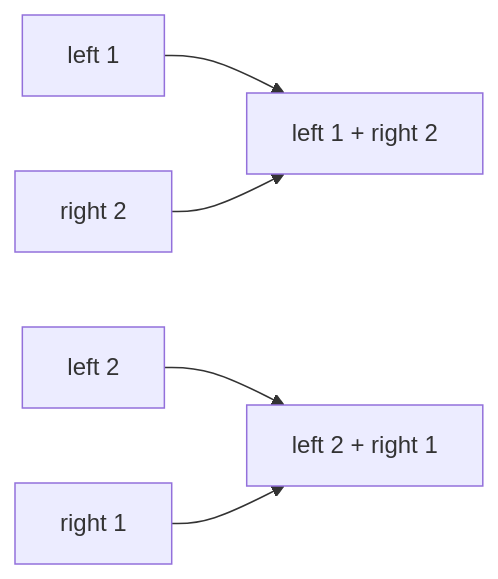
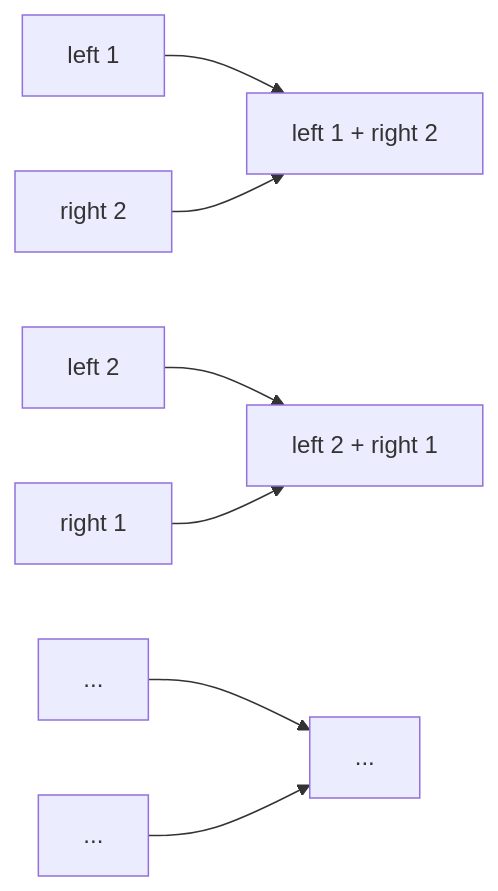
One commit to ucbepic/docetl changed the diagram in docs/operators/equijoin.md. Above: the diagram before and after it, drawn with Mermaid. The commit also changed 8 other files, not shown here.

First line of the commit message:
Operator diagrams: center, add continuation rows

````diff
--- a/docs/operators/equijoin.md
+++ b/docs/operators/equijoin.md
@@ -5,7 +5,9 @@
 ```mermaid
 flowchart LR
     l1["left 1"] --> m1["left 1 + right 2"]
     r2["right 2"] --> m1
     l2["left 2"] --> m2["left 2 + right 1"]
     r1["right 1"] --> m2
+    ln["..."] --> mn["..."]
+    rn["..."] --> mn
 ```
````
